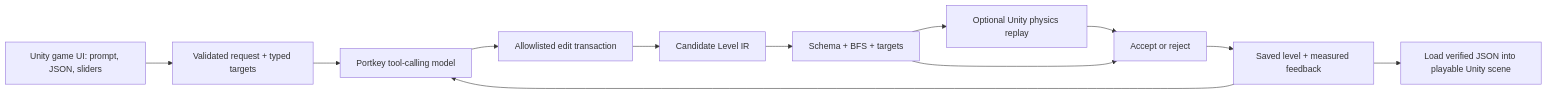
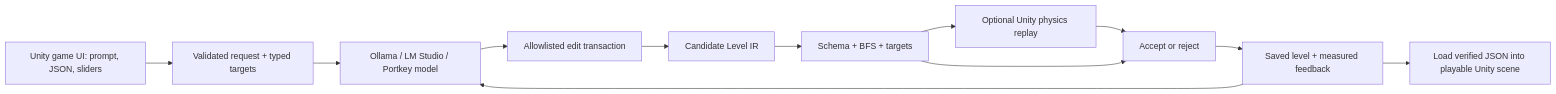
One commit to JiangZehua/AgenticPCG-Demo changed the diagram in docs/architecture.md. Above: the diagram before and after it, drawn with Mermaid. The commit also changed other lines of this file and 15 other files, not shown here.

Commit message:
Add Ollama and LM Studio providers and project links

````diff
--- a/docs/architecture.md
+++ b/docs/architecture.md
@@ -3,14 +3,14 @@
 ```mermaid
 flowchart LR
     UI[Unity game UI: prompt, JSON, sliders] --> Request[Validated request + typed targets]
-    Request --> Model[Portkey tool-calling model]
+    Request --> Model[Ollama / LM Studio / Portkey model]
     Saved[Saved level + measured feedback] --> Model
     Model --> Tools[Allowlisted edit transaction]
     Tools --> Candidate[Candidate Level IR]
     Candidate --> BFS[Schema + BFS + targets]
     BFS --> Physics[Optional Unity physics replay]
     Physics --> Decision[Accept or reject]
     BFS --> Decision
     Decision --> Saved
     Saved --> Scene[Load verified JSON into playable Unity scene]
 ```
````
